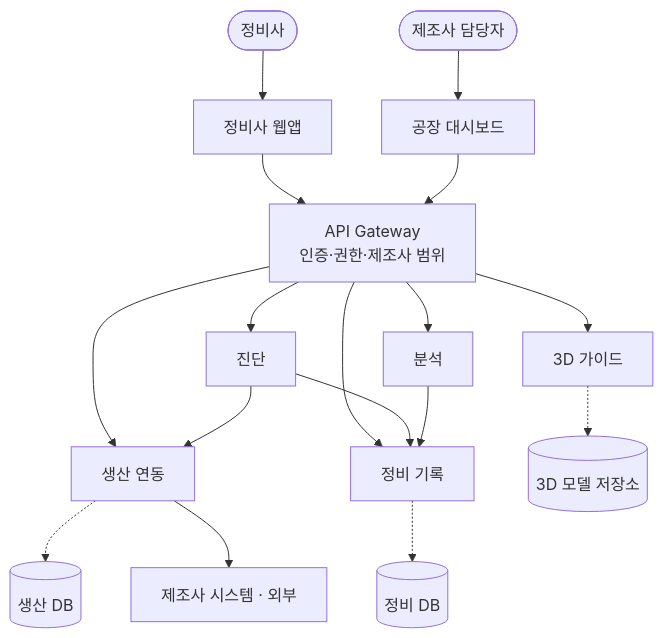
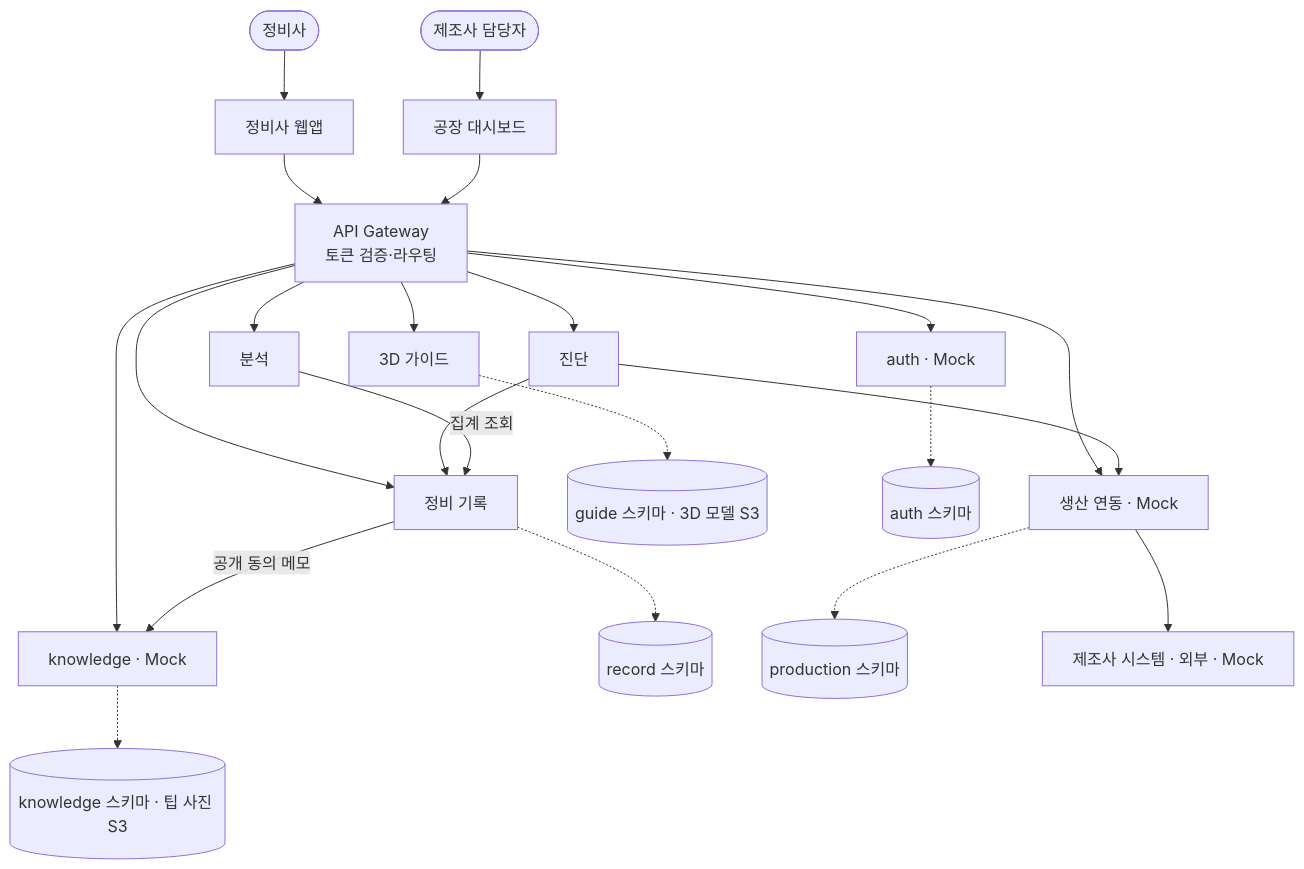
Before and after one commit to salieri009/LG_CNS_AM_INSPIRE: the diagram in README.md, drawn with Mermaid. The commit also changed other lines of this file and 2 other files, not shown here.

Commit message:
docs: MSA 구성도에 knowledge·auth와 Mock 구분 반영 (D22·D23)
- 논리 서비스 5개 → 7개 (knowledge, auth 추가), Gateway는 토큰 검증·라우팅
- 정비 기록 → knowledge(공개 동의 메모), 분석 → 정비 기록(집계 조회) 라벨
- 저장소를 서비스별 스키마 5개 + S3(3D 모델·팁 사진)로
- Mock 서비스는 회색 글자, 캡션에 범례. README 설명과 Mermaid 텍스트 버전 갱신

Closes #14

Claude-Session: https://claude.ai/code/session_014R51HkAxQNUEAujjDtMXPZ

````diff
--- a/README.md
+++ b/README.md
@@ -175,15 +177,18 @@
 ```mermaid
 flowchart TB
   MECH([정비사]) --> WEB[정비사 웹앱]
   ENG([제조사 담당자]) --> DASH[공장 대시보드]
-  WEB --> GW[API Gateway<br/>인증·권한·제조사 범위]
+  WEB --> GW[API Gateway<br/>토큰 검증·라우팅]
   DASH --> GW
-  GW --> DIAG[진단] & GUIDE[3D 가이드] & REC[정비 기록] & ANA[분석] & PI[생산 연동]
+  GW --> DIAG[진단] & GUIDE[3D 가이드] & REC[정비 기록] & ANA[분석] & PI[생산 연동 · Mock] & KN[knowledge · Mock] & AUTH[auth · Mock]
   DIAG --> PI
   DIAG --> REC
-  ANA --> REC
-  GUIDE -.-> MS[(3D 모델 저장소)]
-  REC -.-> RDB[(정비 DB)]
-  PI -.-> PDB[(생산 DB)]
-  PI --> EXT[제조사 시스템 · 외부]
+  ANA -->|집계 조회| REC
+  REC -->|공개 동의 메모| KN
+  GUIDE -.-> GDB[(guide 스키마 · 3D 모델 S3)]
+  KN -.-> KDB[(knowledge 스키마 · 팁 사진 S3)]
+  REC -.-> RDB[(record 스키마)]
+  PI -.-> PDB[(production 스키마)]
+  AUTH -.-> ADB[(auth 스키마)]
+  PI --> EXT[제조사 시스템 · 외부 · Mock]
 ```
````
